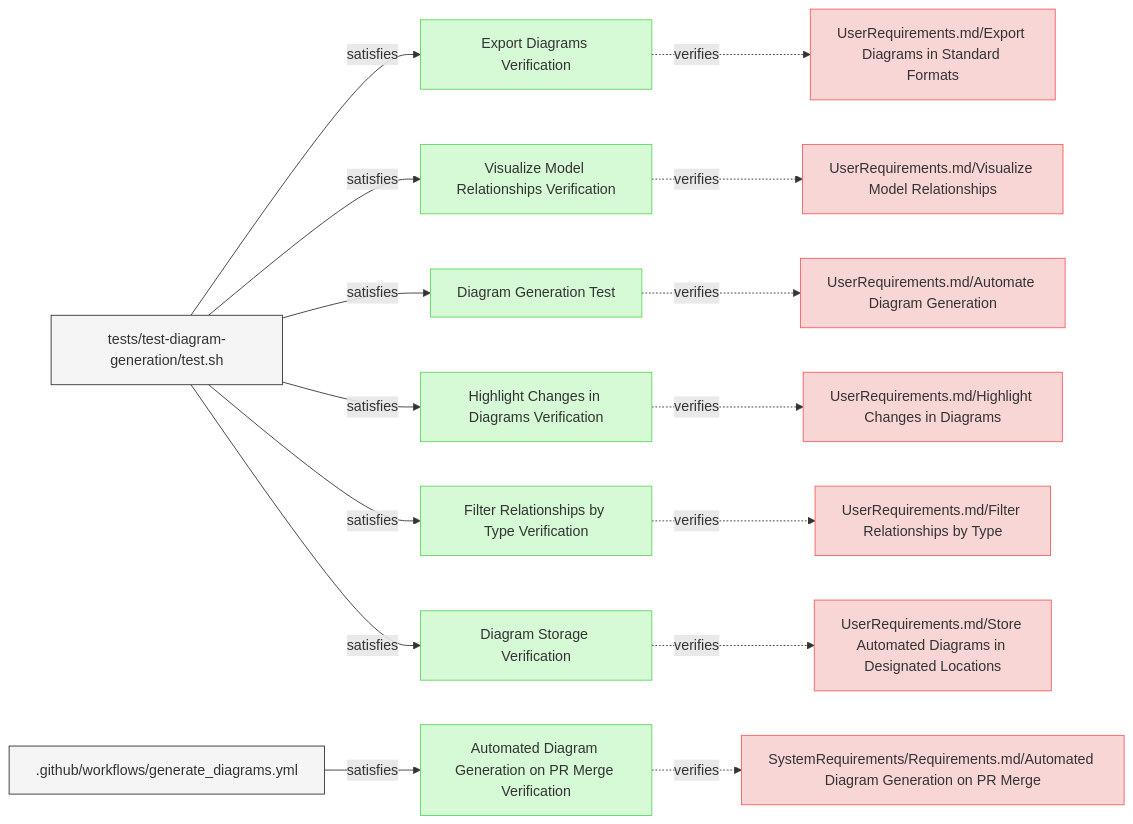
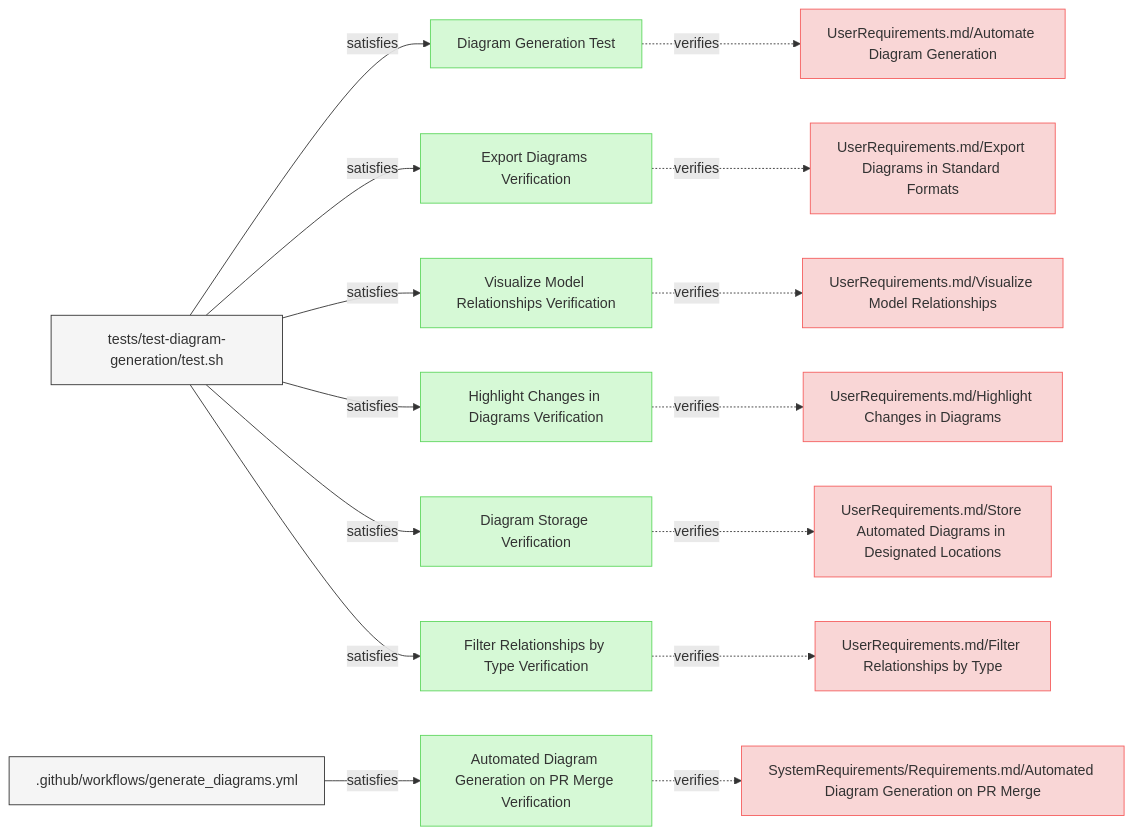
Before and after one commit to reqvire-org/reqvire: the diagram in specifications/Verifications/DiagramsTests.md, drawn with Mermaid. The commit also changed 72 other files, not shown here.

Commit message:
Major rework of the logic in reqvire. It uses git repository root as root folder and everything else is relative to it. External folders and specifications folder concept has been deprecated.

````diff
--- a/specifications/Verifications/DiagramsTests.md
+++ b/specifications/Verifications/DiagramsTests.md
@@ -6,71 +6,71 @@
 ```mermaid
 graph LR;
   %% Graph styling
   classDef requirement fill:#f9d6d6,stroke:#f55f5f,stroke-width:1px;
   classDef verification fill:#d6f9d6,stroke:#5fd75f,stroke-width:1px;
   classDef externalLink fill:#d0e0ff,stroke:#3080ff,stroke-width:1px;
   classDef default fill:#f5f5f5,stroke:#333333,stroke-width:1px;
 
+  e4a47f6f403fd4ff["Diagram Generation Test"];
+  click e4a47f6f403fd4ff "DiagramsTests.md#diagram-generation-test";
+  class e4a47f6f403fd4ff verification;
+  c522cf4c404bdc24["UserRequirements.md/Automate Diagram Generation"];
+  class c522cf4c404bdc24 requirement;
+  click c522cf4c404bdc24 "../UserRequirements.md#automate-diagram-generation";
+  e4a47f6f403fd4ff -.->|verifies| c522cf4c404bdc24;
+  b73eaac7c0353fcb["tests/test-diagram-generation/test.sh"];
+  class b73eaac7c0353fcb default;
+  click b73eaac7c0353fcb "../../tests/test-diagram-generation/test.sh";
+  b73eaac7c0353fcb -->|satisfies| e4a47f6f403fd4ff;
   fff74265828e19b3["Export Diagrams Verification"];
-  click fff74265828e19b3 "https://github.com/Reqvire/reqvire/blob/ad88ba6b828e94c93382866fefd058c011c1ac60/specifications/Verifications/DiagramsTests.md#export-diagrams-verification";
+  click fff74265828e19b3 "DiagramsTests.md#export-diagrams-verification";
   class fff74265828e19b3 verification;
   a0274ca0625d8493["UserRequirements.md/Export Diagrams in Standard Formats"];
   class a0274ca0625d8493 requirement;
-  click a0274ca0625d8493 "https://github.com/Reqvire/reqvire/blob/ad88ba6b828e94c93382866fefd058c011c1ac60/specifications/UserRequirements.md#export-diagrams-in-standard-formats";
+  click a0274ca0625d8493 "../UserRequirements.md#export-diagrams-in-standard-formats";
   fff74265828e19b3 -.->|verifies| a0274ca0625d8493;
-  b73eaac7c0353fcb["tests/test-diagram-generation/test.sh"];
-  class b73eaac7c0353fcb default;
-  click b73eaac7c0353fcb "https://github.com/Reqvire/reqvire/blob/ad88ba6b828e94c93382866fefd058c011c1ac60/tests/test-diagram-generation/test.sh";
   b73eaac7c0353fcb -->|satisfies| fff74265828e19b3;
+  44dc4128c7ea74d2["Automated Diagram Generation on PR Merge Verification"];
+  click 44dc4128c7ea74d2 "DiagramsTests.md#automated-diagram-generation-on-pr-merge-verification";
+  class 44dc4128c7ea74d2 verification;
+  793154acc336992c["SystemRequirements/Requirements.md/Automated Diagram Generation on PR Merge"];
+  class 793154acc336992c requirement;
+  click 793154acc336992c "../SystemRequirements/Requirements.md#automated-diagram-generation-on-pr-merge";
+  44dc4128c7ea74d2 -.->|verifies| 793154acc336992c;
+  fdd29f919065644d[".github/workflows/generate_diagrams.yml"];
+  class fdd29f919065644d default;
+  click fdd29f919065644d "../../.github/workflows/generate_diagrams.yml";
+  fdd29f919065644d -->|satisfies| 44dc4128c7ea74d2;
   2c4c9bdcf9ede0fd["Visualize Model Relationships Verification"];
-  click 2c4c9bdcf9ede0fd "https://github.com/Reqvire/reqvire/blob/ad88ba6b828e94c93382866fefd058c011c1ac60/specifications/Verifications/DiagramsTests.md#visualize-model-relationships-verification";
+  click 2c4c9bdcf9ede0fd "DiagramsTests.md#visualize-model-relationships-verification";
   class 2c4c9bdcf9ede0fd verification;
   eed0b020b6ddeae1["UserRequirements.md/Visualize Model Relationships"];
   class eed0b020b6ddeae1 requirement;
-  click eed0b020b6ddeae1 "https://github.com/Reqvire/reqvire/blob/ad88ba6b828e94c93382866fefd058c011c1ac60/specifications/UserRequirements.md#visualize-model-relationships";
+  click eed0b020b6ddeae1 "../UserRequirements.md#visualize-model-relationships";
   2c4c9bdcf9ede0fd -.->|verifies| eed0b020b6ddeae1;
   b73eaac7c0353fcb -->|satisfies| 2c4c9bdcf9ede0fd;
-  e4a47f6f403fd4ff["Diagram Generation Test"];
-  click e4a47f6f403fd4ff "https://github.com/Reqvire/reqvire/blob/ad88ba6b828e94c93382866fefd058c011c1ac60/specifications/Verifications/DiagramsTests.md#diagram-generation-test";
-  class e4a47f6f403fd4ff verification;
-  c522cf4c404bdc24["UserRequirements.md/Automate Diagram Generation"];
-  class c522cf4c404bdc24 requirement;
-  click c522cf4c404bdc24 "https://github.com/Reqvire/reqvire/blob/ad88ba6b828e94c93382866fefd058c011c1ac60/specifications/UserRequirements.md#automate-diagram-generation";
-  e4a47f6f403fd4ff -.->|verifies| c522cf4c404bdc24;
-  b73eaac7c0353fcb -->|satisfies| e4a47f6f403fd4ff;
   494a61d80d3cb287["Highlight Changes in Diagrams Verification"];
-  click 494a61d80d3cb287 "https://github.com/Reqvire/reqvire/blob/ad88ba6b828e94c93382866fefd058c011c1ac60/specifications/Verifications/DiagramsTests.md#highlight-changes-in-diagrams-verification";
+  click 494a61d80d3cb287 "DiagramsTests.md#highlight-changes-in-diagrams-verification";
   class 494a61d80d3cb287 verification;
   ac914f743d73674e["UserRequirements.md/Highlight Changes in Diagrams"];
   class ac914f743d73674e requirement;
-  click ac914f743d73674e "https://github.com/Reqvire/reqvire/blob/ad88ba6b828e94c93382866fefd058c011c1ac60/specifications/UserRequirements.md#highlight-changes-in-diagrams";
+  click ac914f743d73674e "../UserRequirements.md#highlight-changes-in-diagrams";
   494a61d80d3cb287 -.->|verifies| ac914f743d73674e;
   b73eaac7c0353fcb -->|satisfies| 494a61d80d3cb287;
+  35f25ed1c49ab87a["Diagram Storage Verification"];
+  click 35f25ed1c49ab87a "DiagramsTests.md#diagram-storage-verification";
+  class 35f25ed1c49ab87a verification;
+  89097c1311055b72["UserRequirements.md/Store Automated Diagrams in Designated Locations"];
+  class 89097c1311055b72 requirement;
+  click 89097c1311055b72 "../UserRequirements.md#store-automated-diagrams-in-designated-locations";
+  35f25ed1c49ab87a -.->|verifies| 89097c1311055b72;
+  b73eaac7c0353fcb -->|satisfies| 35f25ed1c49ab87a;
   7fd405bfa560fe5c["Filter Relationships by Type Verification"];
-  click 7fd405bfa560fe5c "https://github.com/Reqvire/reqvire/blob/ad88ba6b828e94c93382866fefd058c011c1ac60/specifications/Verifications/DiagramsTests.md#filter-relationships-by-type-verification";
+  click 7fd405bfa560fe5c "DiagramsTests.md#filter-relationships-by-type-verification";
   class 7fd405bfa560fe5c verification;
   66e9d8186acafd13["UserRequirements.md/Filter Relationships by Type"];
   class 66e9d8186acafd13 requirement;
-  click 66e9d8186acafd13 "https://github.com/Reqvire/reqvire/blob/ad88ba6b828e94c93382866fefd058c011c1ac60/specifications/UserRequirements.md#filter-relationships-by-type";
+  click 66e9d8186acafd13 "../UserRequirements.md#filter-relationships-by-type";
   7fd405bfa560fe5c -.->|verifies| 66e9d8186acafd13;
   b73eaac7c0353fcb -->|satisfies| 7fd405bfa560fe5c;
-  44dc4128c7ea74d2["Automated Diagram Generation on PR Merge Verification"];
-  click 44dc4128c7ea74d2 "https://github.com/Reqvire/reqvire/blob/ad88ba6b828e94c93382866fefd058c011c1ac60/specifications/Verifications/DiagramsTests.md#automated-diagram-generation-on-pr-merge-verification";
-  class 44dc4128c7ea74d2 verification;
-  793154acc336992c["SystemRequirements/Requirements.md/Automated Diagram Generation on PR Merge"];
-  class 793154acc336992c requirement;
-  click 793154acc336992c "https://github.com/Reqvire/reqvire/blob/ad88ba6b828e94c93382866fefd058c011c1ac60/specifications/SystemRequirements/Requirements.md#automated-diagram-generation-on-pr-merge";
-  44dc4128c7ea74d2 -.->|verifies| 793154acc336992c;
-  fdd29f919065644d[".github/workflows/generate_diagrams.yml"];
-  class fdd29f919065644d default;
-  click fdd29f919065644d "https://github.com/Reqvire/reqvire/blob/ad88ba6b828e94c93382866fefd058c011c1ac60/.github/workflows/generate_diagrams.yml";
-  fdd29f919065644d -->|satisfies| 44dc4128c7ea74d2;
-  35f25ed1c49ab87a["Diagram Storage Verification"];
-  click 35f25ed1c49ab87a "https://github.com/Reqvire/reqvire/blob/ad88ba6b828e94c93382866fefd058c011c1ac60/specifications/Verifications/DiagramsTests.md#diagram-storage-verification";
-  class 35f25ed1c49ab87a verification;
-  89097c1311055b72["UserRequirements.md/Store Automated Diagrams in Designated Locations"];
-  class 89097c1311055b72 requirement;
-  click 89097c1311055b72 "https://github.com/Reqvire/reqvire/blob/ad88ba6b828e94c93382866fefd058c011c1ac60/specifications/UserRequirements.md#store-automated-diagrams-in-designated-locations";
-  35f25ed1c49ab87a -.->|verifies| 89097c1311055b72;
-  b73eaac7c0353fcb -->|satisfies| 35f25ed1c49ab87a;
 ```
````
